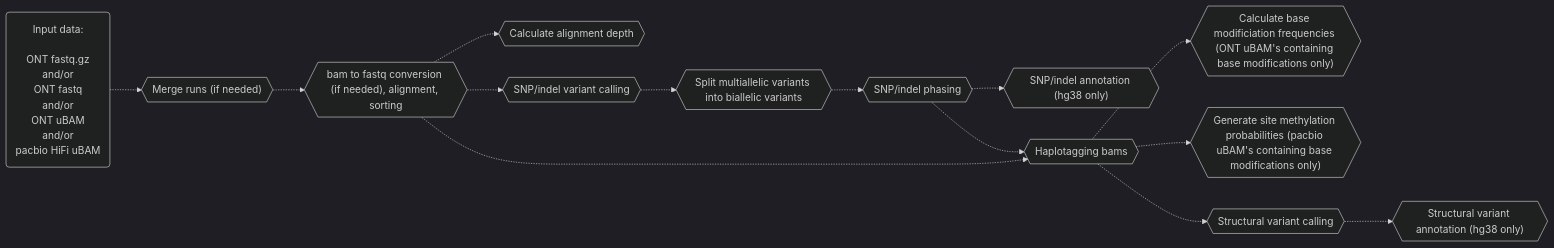
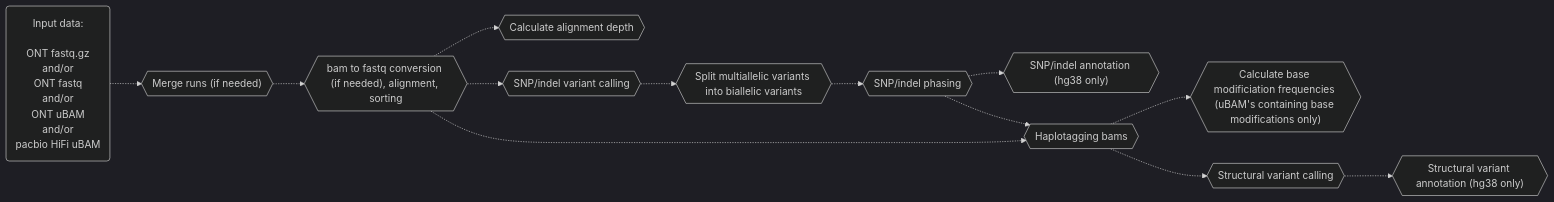
Before and after one commit to leahkemp/pipeface: the first of 3 diagrams in README.md, drawn with Mermaid. The commit also changed other lines of this file and 5 other files, not shown here.

````diff
--- a/README.md
+++ b/README.md
@@ -21,26 +18,24 @@
 ```mermaid
 %%{init: {'theme':'dark'}}%%
 flowchart LR
 
 input_data("Input data: <br><br> ONT fastq.gz <br> and/or <br> ONT fastq <br> and/or <br> ONT uBAM <br> and/or <br> pacbio HiFi uBAM")
 merging{{"Merge runs (if needed)"}}
 alignment{{"bam to fastq conversion (if needed), alignment, sorting"}}
 depth{{"Calculate alignment depth"}}
 snp_indel_calling{{"SNP/indel variant calling"}}
 split_multiallele{{"Split multiallelic variants into biallelic variants"}}
 snp_indel_phasing{{"SNP/indel phasing"}}
 snp_indel_annotation{{"SNP/indel annotation (hg38 only)"}}
 haplotagging{{"Haplotagging bams"}}
-calculate_base_mod_freqs{{"Calculate base modificiation frequencies (ONT uBAM's containing base modifications only)"}}
-generate_meth_probs{{"Generate site methylation probabilities (pacbio uBAM's containing base modifications only)"}}
+calculate_base_mod_freqs{{"Calculate base modificiation frequencies (uBAM's containing base modifications only)"}}
 sv_calling{{"Structural variant calling"}}
 sv_annotation{{"Structural variant annotation (hg38 only)"}}
 
 input_data-.->merging-.->alignment-.->snp_indel_calling-.->split_multiallele-.->snp_indel_phasing-.->haplotagging-.->sv_calling
 alignment-.->depth
 alignment-.->haplotagging
 haplotagging-.->calculate_base_mod_freqs
-haplotagging-.->generate_meth_probs
 snp_indel_phasing-.->snp_indel_annotation
 sv_calling-.->sv_annotation
 ```
````
